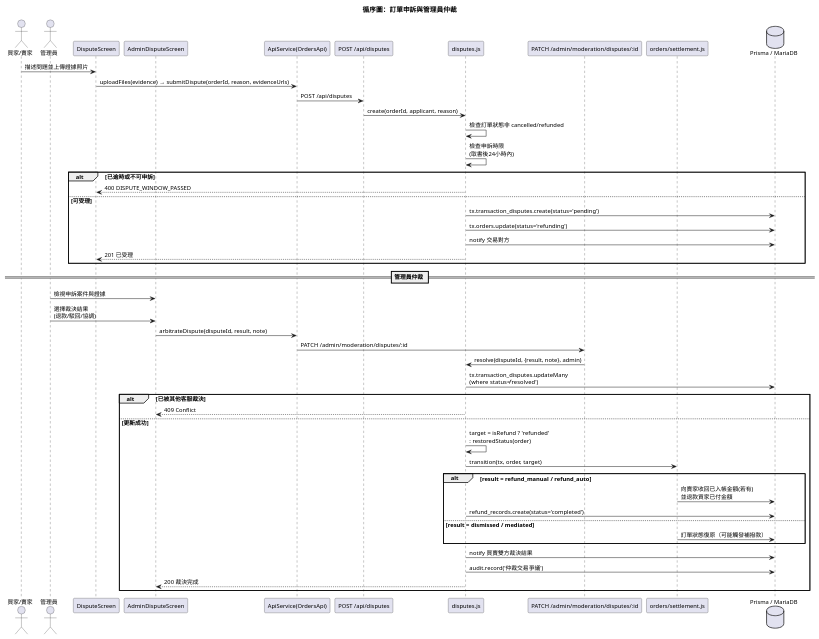
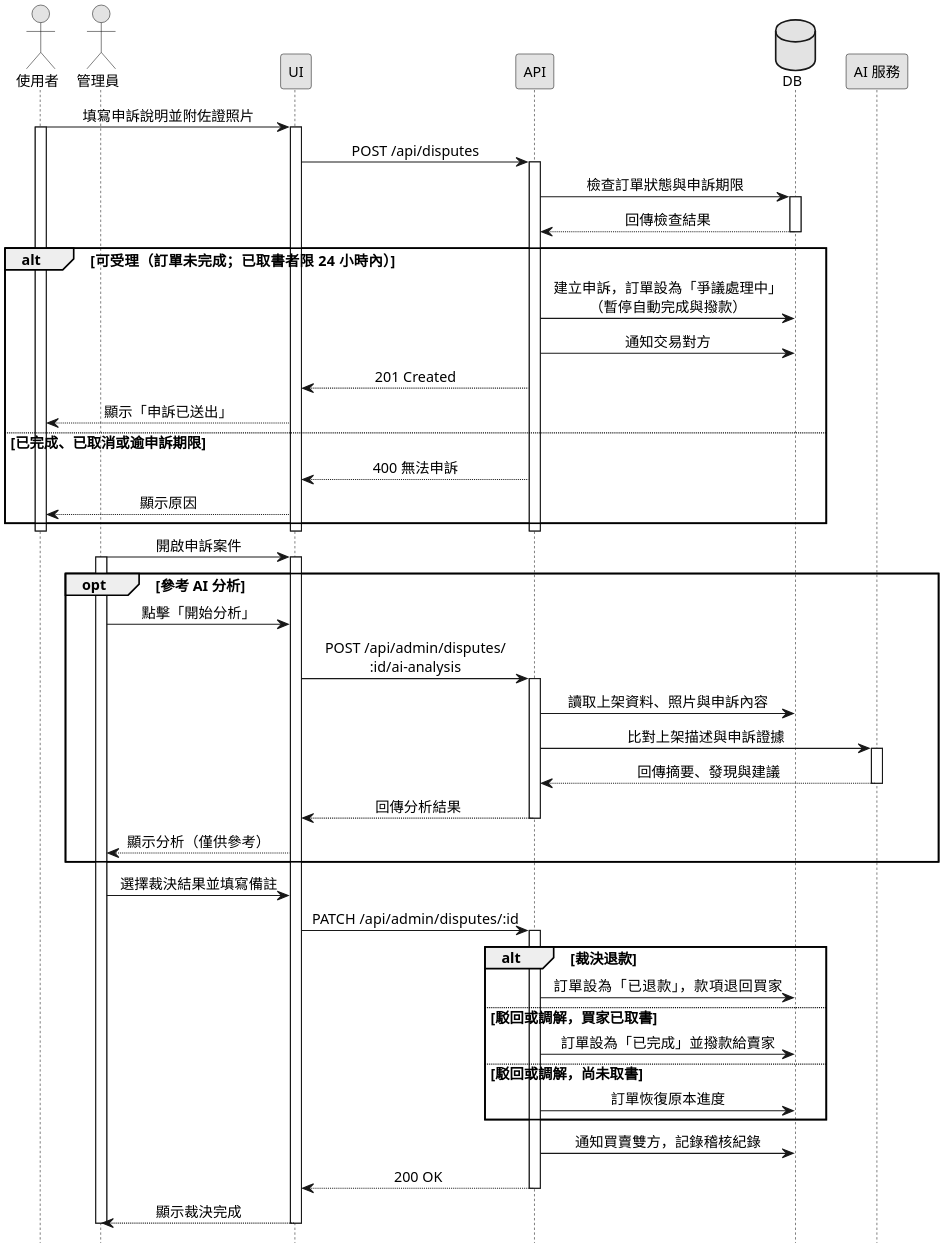
One commit to SaveMyBook/SaveMyBook changed the diagram in Diagrams/Sequence Diagrams/v3/seq_dispute.puml. Above: the diagram before and after it, drawn with PlantUML. The commit also changed 268 other files, not shown here.

```diff
--- a/Diagrams/Sequence Diagrams/v3/seq_dispute.puml
+++ b/Diagrams/Sequence Diagrams/v3/seq_dispute.puml
@@ -1,55 +1,72 @@
 @startuml
-!pragma layout smetana
-skinparam defaultFontName "Microsoft JhengHei"
-skinparam defaultFontSize 12
-title 循序圖：訂單申訴與管理員仲裁
+skinparam monochrome true
+skinparam shadowing false
+skinparam dpi 220
+skinparam defaultFontName "PingFang TC"
+skinparam defaultFontSize 13
+skinparam sequenceMessageAlign center
+skinparam ParticipantPadding 18
+hide footbox
 
-actor "買家/賣家" as User
-actor 管理員 as Admin
-participant "DisputeScreen" as UI
-participant "AdminDisputeScreen" as AdminUI
-participant "ApiService(OrdersApi)" as ApiSvc
-participant "POST /api/disputes" as CreateRoute
-participant "disputes.js" as DisputesSvc
-participant "PATCH /admin/moderation/disputes/:id" as ResolveRoute
-participant "orders/settlement.js" as Settlement
-database "Prisma / MariaDB" as DB
+actor 使用者
+actor 管理員
+participant UI
+participant API
+database DB
+participant "AI 服務" as AI
 
-User -> UI : 描述問題並上傳證據照片
-UI -> ApiSvc : uploadFiles(evidence) → submitDispute(orderId, reason, evidenceUrls)
-ApiSvc -> CreateRoute : POST /api/disputes
-CreateRoute -> DisputesSvc : create(orderId, applicant, reason)
-DisputesSvc -> DisputesSvc : 檢查訂單狀態非 cancelled/refunded
-DisputesSvc -> DisputesSvc : 檢查申訴時限\n(取書後24小時內)
-alt 已逾時或不可申訴
-  DisputesSvc --> UI : 400 DISPUTE_WINDOW_PASSED
-else 可受理
-  DisputesSvc -> DB : tx.transaction_disputes.create(status='pending')
-  DisputesSvc -> DB : tx.orders.update(status='refunding')
-  DisputesSvc -> DB : notify 交易對方
-  DisputesSvc --> UI : 201 已受理
+使用者 -> UI : 填寫申訴說明並附佐證照片
+activate 使用者
+activate UI
+UI -> API : POST /api/disputes
+activate API
+API -> DB : 檢查訂單狀態與申訴期限
+activate DB
+DB --> API : 回傳檢查結果
+deactivate DB
+alt 可受理（訂單未完成；已取書者限 24 小時內）
+  API -> DB : 建立申訴，訂單設為「爭議處理中」\n（暫停自動完成與撥款）
+  API -> DB : 通知交易對方
+  API --> UI : 201 Created
+  UI --> 使用者 : 顯示「申訴已送出」
+else 已完成、已取消或逾申訴期限
+  API --> UI : 400 無法申訴
+  UI --> 使用者 : 顯示原因
 end
+deactivate API
+deactivate UI
+deactivate 使用者
 
-== 管理員仲裁 ==
-Admin -> AdminUI : 檢視申訴案件與證據
-Admin -> AdminUI : 選擇裁決結果\n(退款/駁回/協調)
-AdminUI -> ApiSvc : arbitrateDispute(disputeId, result, note)
-ApiSvc -> ResolveRoute : PATCH /admin/moderation/disputes/:id
-ResolveRoute -> DisputesSvc : resolve(disputeId, {result, note}, admin)
-DisputesSvc -> DB : tx.transaction_disputes.updateMany\n(where status≠'resolved')
-alt 已被其他客服裁決
-  DisputesSvc --> AdminUI : 409 Conflict
-else 更新成功
-  DisputesSvc -> DisputesSvc : target = isRefund ? 'refunded'\n: restoredStatus(order)
-  DisputesSvc -> Settlement : transition(tx, order, target)
-  alt result = refund_manual / refund_auto
-    Settlement -> DB : 向賣家收回已入帳金額(若有)\n並退款買家已付金額
-    DisputesSvc -> DB : refund_records.create(status='completed')
-  else result = dismissed / mediated
-    Settlement -> DB : 訂單狀態復原（可能觸發補撥款）
-  end
-  DisputesSvc -> DB : notify 買賣雙方裁決結果
-  DisputesSvc -> DB : audit.record('仲裁交易爭議')
-  DisputesSvc --> AdminUI : 200 裁決完成
+管理員 -> UI : 開啟申訴案件
+activate 管理員
+activate UI
+opt 參考 AI 分析
+  管理員 -> UI : 點擊「開始分析」
+  UI -> API : POST /api/admin/disputes/\n:id/ai-analysis
+  activate API
+  API -> DB : 讀取上架資料、照片與申訴內容
+  API -> AI : 比對上架描述與申訴證據
+  activate AI
+  AI --> API : 回傳摘要、發現與建議
+  deactivate AI
+  API --> UI : 回傳分析結果
+  deactivate API
+  UI --> 管理員 : 顯示分析（僅供參考）
 end
+管理員 -> UI : 選擇裁決結果並填寫備註
+UI -> API : PATCH /api/admin/disputes/:id
+activate API
+alt 裁決退款
+  API -> DB : 訂單設為「已退款」，款項退回買家
+else 駁回或調解，買家已取書
+  API -> DB : 訂單設為「已完成」並撥款給賣家
+else 駁回或調解，尚未取書
+  API -> DB : 訂單恢復原本進度
+end
+API -> DB : 通知買賣雙方，記錄稽核紀錄
+API --> UI : 200 OK
+deactivate API
+UI --> 管理員 : 顯示裁決完成
+deactivate UI
+deactivate 管理員
 @enduml
```
